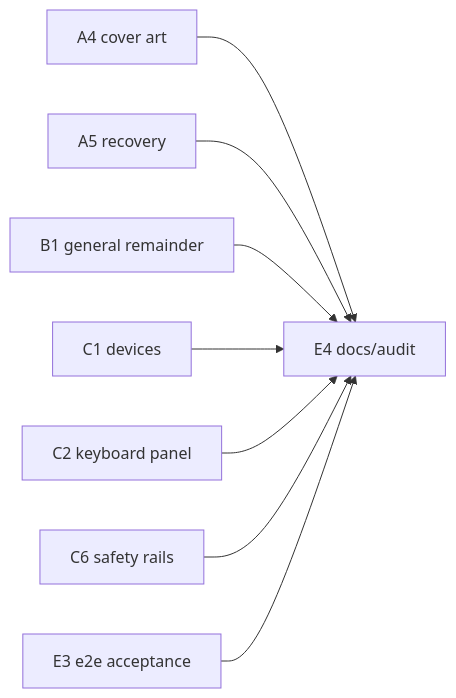
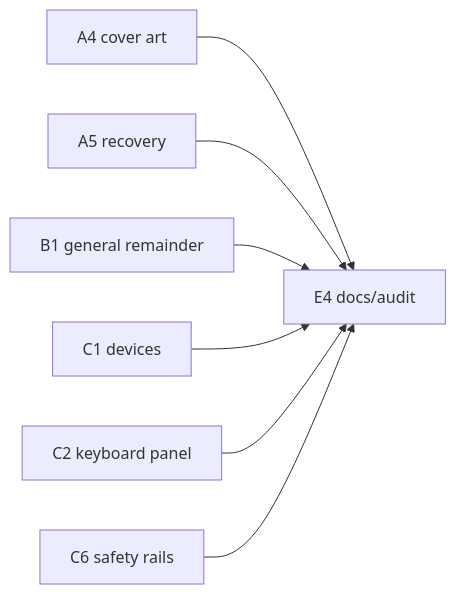
One commit to gabrielofavero/rb-blitz-xenon-recomp changed the diagram in docs/plans/launcher-plan.md. Above: the diagram before and after it, drawn with Mermaid. The commit also changed other lines of this file and 3 other files, not shown here.

````diff
--- a/docs/plans/launcher-plan.md
+++ b/docs/plans/launcher-plan.md
@@ -1042,16 +1027,15 @@
 ```mermaid
 graph LR
   A4[A4 cover art]
   A5[A5 recovery]
   B1[B1 general remainder]
   C1[C1 devices]
   C2[C2 keyboard panel]
   C6[C6 safety rails]
   A4 --> E4[E4 docs/audit]
   A5 --> E4
   B1 --> E4
   C1 --> E4
   C2 --> E4
   C6 --> E4
-  E3[E3 e2e acceptance] --> E4
 ```
````
